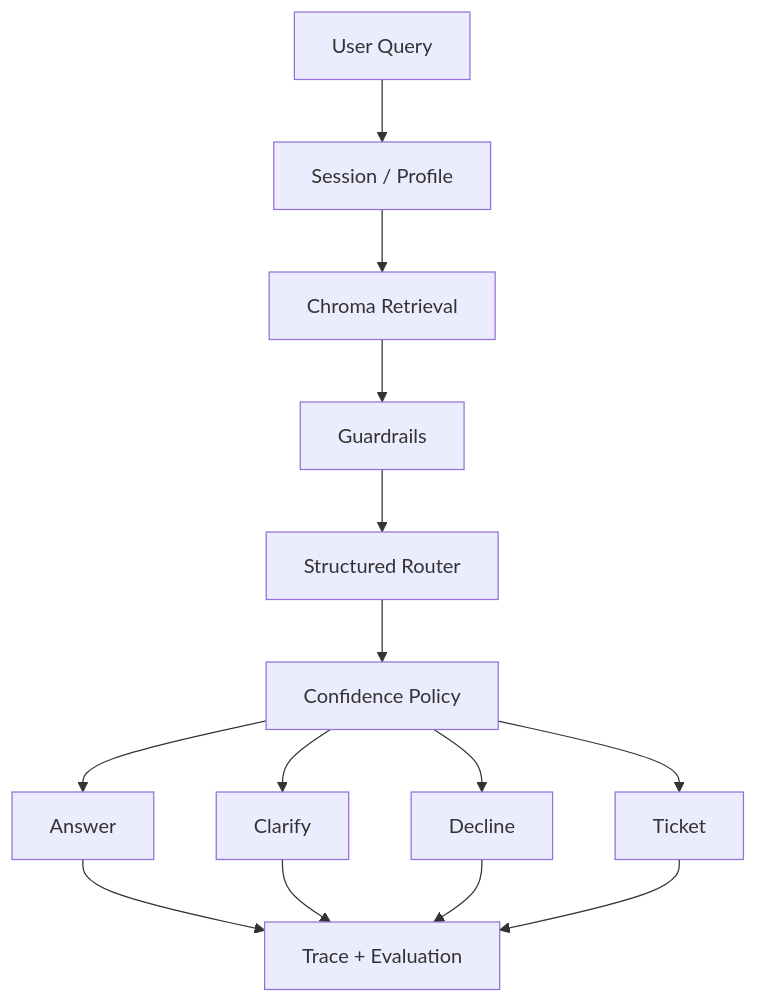
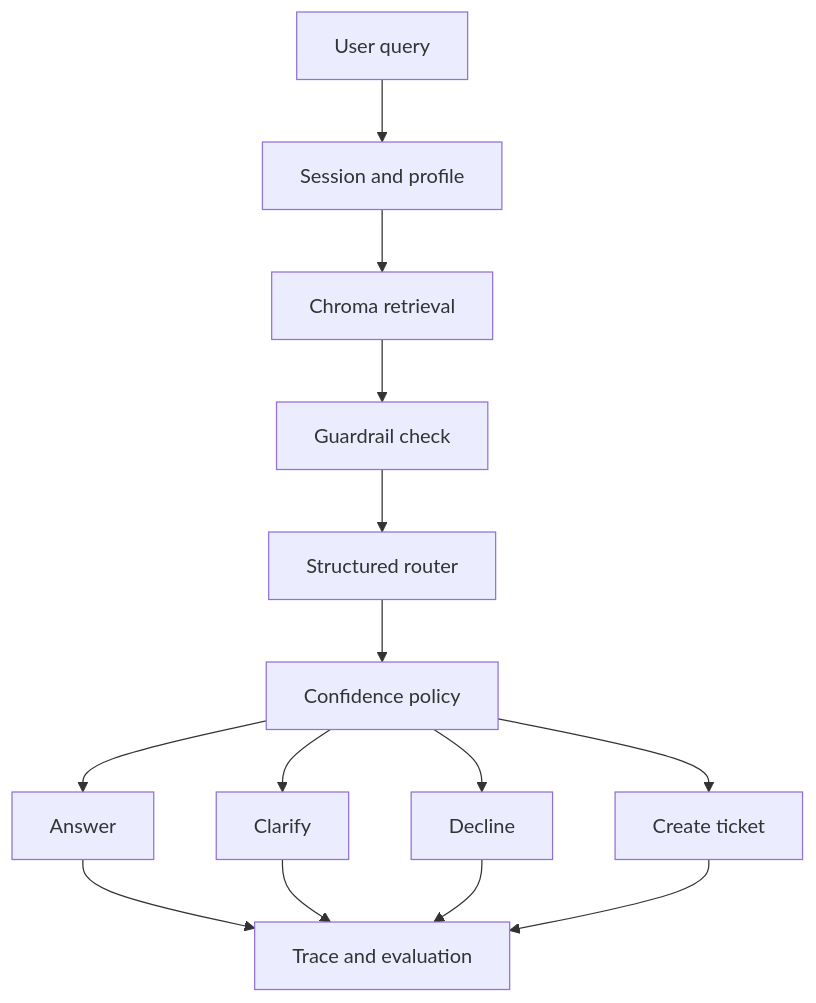
One commit to JiaoZiQ/Knowledge_Support_Agent changed the diagram in README.md. Above: the diagram before and after it, drawn with Mermaid. The commit also changed other lines of this file and 4 other files, not shown here.

````diff
--- a/README.md
+++ b/README.md
@@ -9,16 +9,16 @@
 ```mermaid
 flowchart TD
-  U["User Query"] --> S["Session / Profile"]
-  S --> R["Chroma Retrieval"]
-  R --> G["Guardrails"]
-  G --> L["Structured Router"]
-  L --> C["Confidence Policy"]
+  U["User query"] --> S["Session and profile"]
+  S --> R["Chroma retrieval"]
+  R --> G["Guardrail check"]
+  G --> L["Structured router"]
+  L --> C["Confidence policy"]
   C --> A["Answer"]
   C --> Q["Clarify"]
   C --> D["Decline"]
-  C --> T["Ticket"]
-  A --> O["Trace + Evaluation"]
+  C --> T["Create ticket"]
+  A --> O["Trace and evaluation"]
   Q --> O
   D --> O
   T --> O
 ```
````
